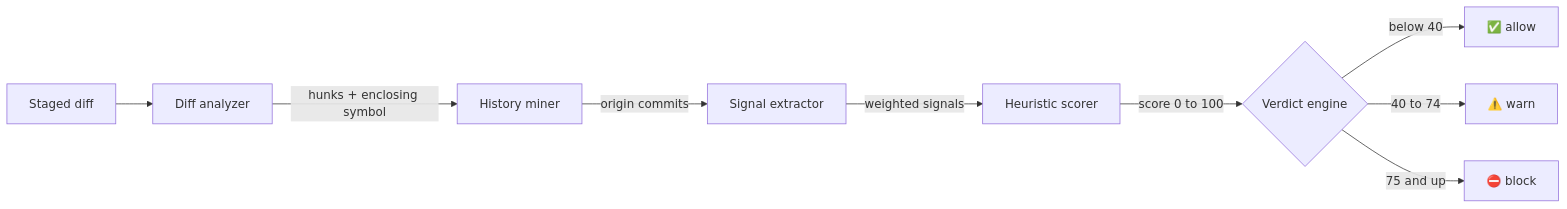
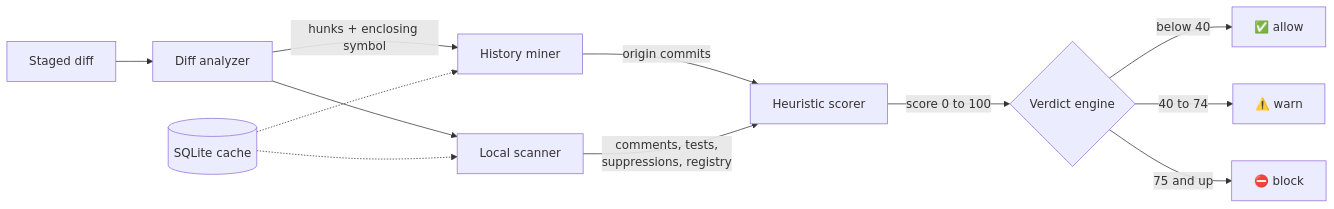
The first of 3 diagrams in README.md (yajushivudatha/fence-agent), drawn with Mermaid before and after one commit. The commit also changed other lines of this file and 22 other files, not shown here.

First line of the commit message:
Add milestone M1: local signals, fence registry, config, cache, explain

````diff
--- a/README.md
+++ b/README.md
@@ -59,11 +92,14 @@
 ```mermaid
 flowchart LR
     A[Staged diff] --> B[Diff analyzer]
     B -->|hunks + enclosing symbol| C[History miner]
-    C -->|origin commits| D[Signal extractor]
-    D -->|weighted signals| E[Heuristic scorer]
+    B --> L[Local scanner]
+    C -->|origin commits| E[Heuristic scorer]
+    L -->|comments, tests,<br>suppressions, registry| E
+    K[(SQLite cache)] -.-> C
+    K -.-> L
     E -->|score 0 to 100| F{Verdict engine}
     F -->|below 40| G[✅ allow]
     F -->|40 to 74| H[⚠️ warn]
     F -->|75 and up| I[⛔ block]
 ```
````
